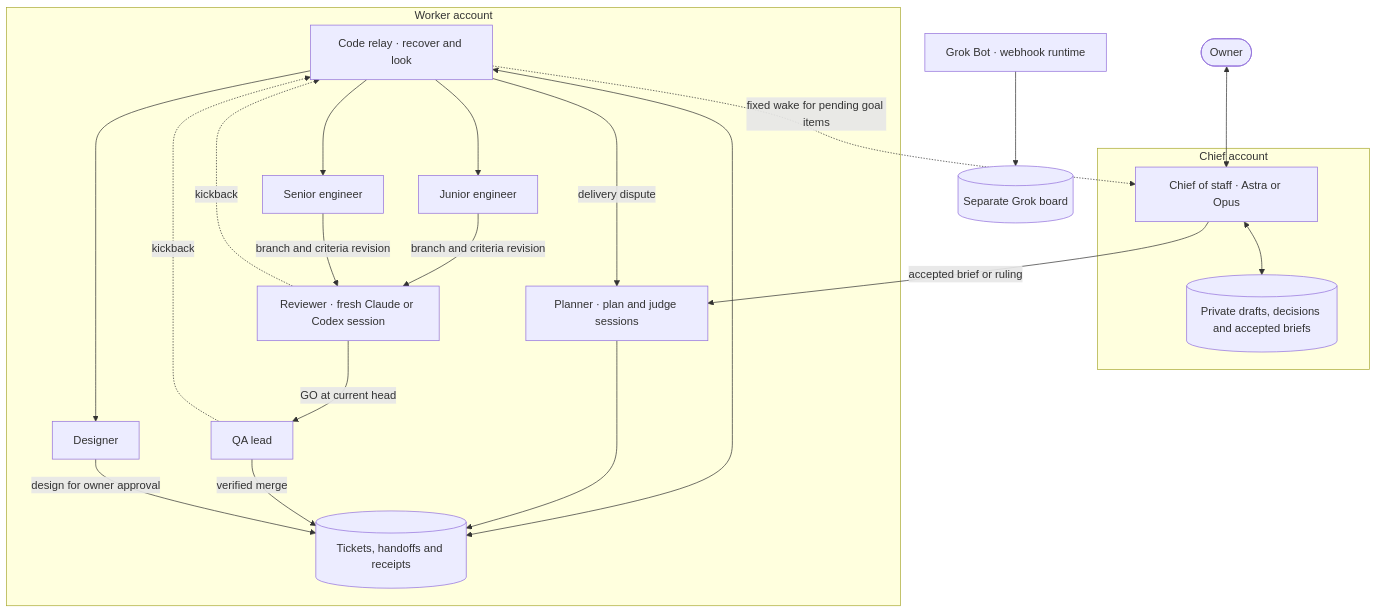
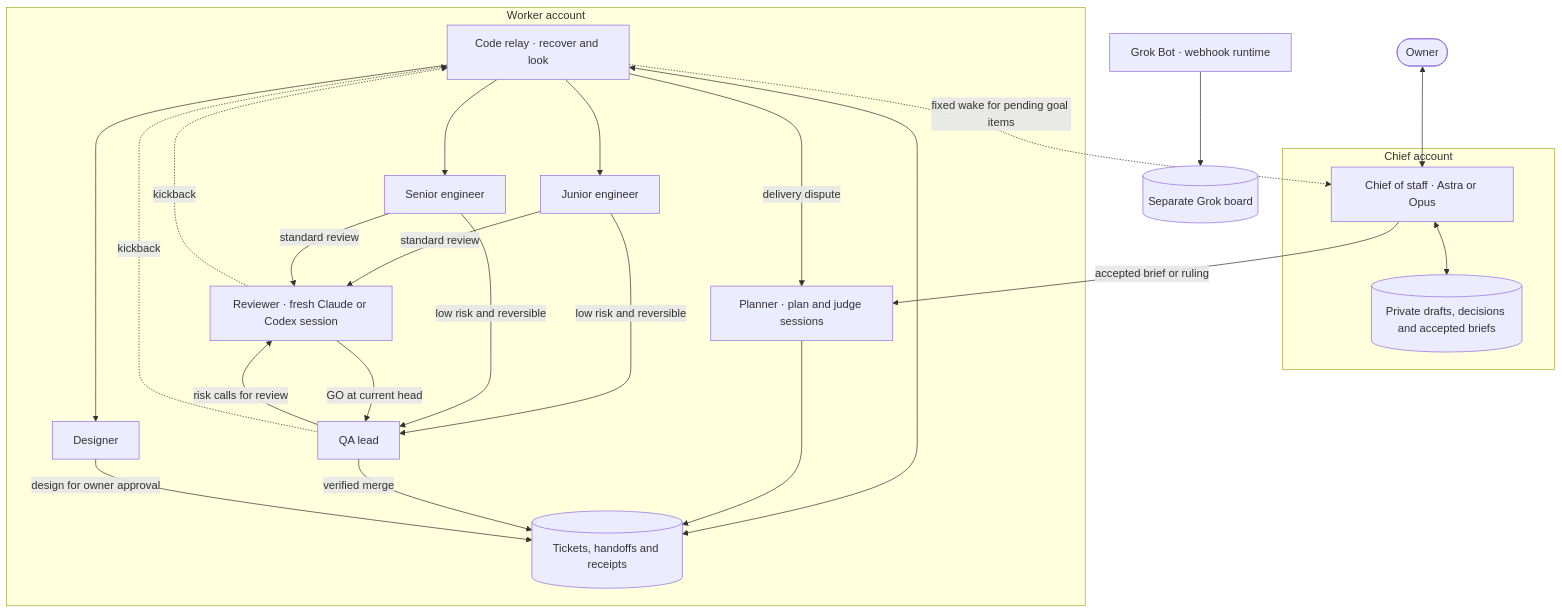
Before and after one commit to ProlesDei/maestro: the diagram in docs/team.mermaid, drawn with Mermaid. The commit also changed 44 other files, not shown here.

First line of the commit message:
Send low-risk changes to focused QA and make design optional

```diff
--- a/docs/team.mermaid
+++ b/docs/team.mermaid
@@ -1,30 +1,32 @@
 flowchart TD
     Owner([Owner])
     subgraph Chief["Chief account"]
         C["Chief of staff · Astra or Opus"]
         Memory[("Private drafts, decisions and accepted briefs")]
         C <--> Memory
     end
     subgraph Worker["Worker account"]
         P["Planner · plan and judge sessions"]
         Router["Code relay · recover and look"]
         D["Designer"]
         J["Junior engineer"]
         S["Senior engineer"]
         R["Reviewer · fresh Claude or Codex session"]
         Q["QA lead"]
         Board[("Tickets, handoffs and receipts")]
         Router <--> Board
         P --> Board
         Router --> D & J & S
-        J & S -->|"branch and criteria revision"| R
+        J & S -->|"standard review"| R
+        J & S -->|"low risk and reversible"| Q
+        Q -->|"risk calls for review"| R
         R -->|"GO at current head"| Q
         R & Q -.->|"kickback"| Router
         Q -->|"verified merge"| Board
         Router -->|"delivery dispute"| P
     end
     Owner <--> C
     C -->|"accepted brief or ruling"| P
     Router -.->|"fixed wake for pending goal items"| C
     D -->|"design for owner approval"| Board
     Grok["Grok Bot · webhook runtime"] --> Old[("Separate Grok board")]
```
